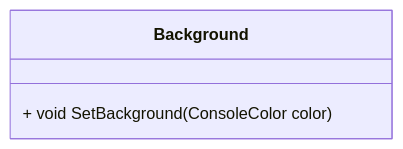
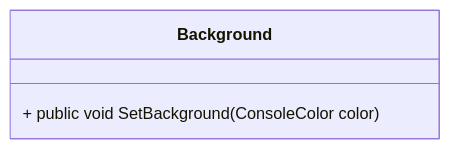
The seventh of 9 diagrams in dokumentasjon/diagram/klasse-diagram.md (NexusWeave/MVP-FlappyBird-cs), drawn with Mermaid before and after one commit. The commit also changed other lines of this file, not shown here.

Commit message:
Fix access modifier for SetBackground method in Background class in klasse-diagram.md

````diff
--- a/dokumentasjon/diagram/klasse-diagram.md
+++ b/dokumentasjon/diagram/klasse-diagram.md
@@ -108,8 +107,8 @@
 ```mermaid
     classDiagram
         direction TD
 
         class Background {
-            + void SetBackground(ConsoleColor color)
+            + public void SetBackground(ConsoleColor color)
         }
 ```
````
